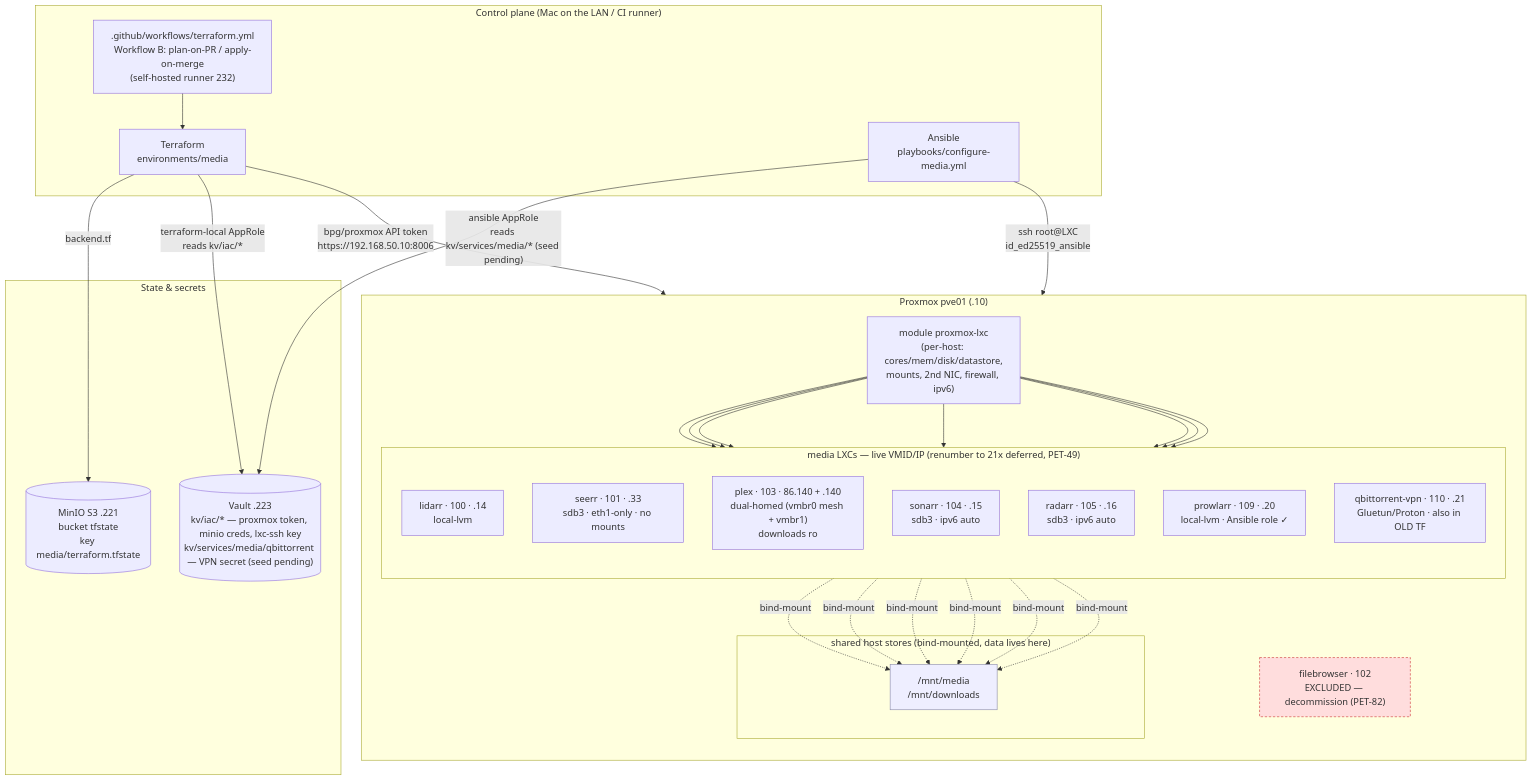
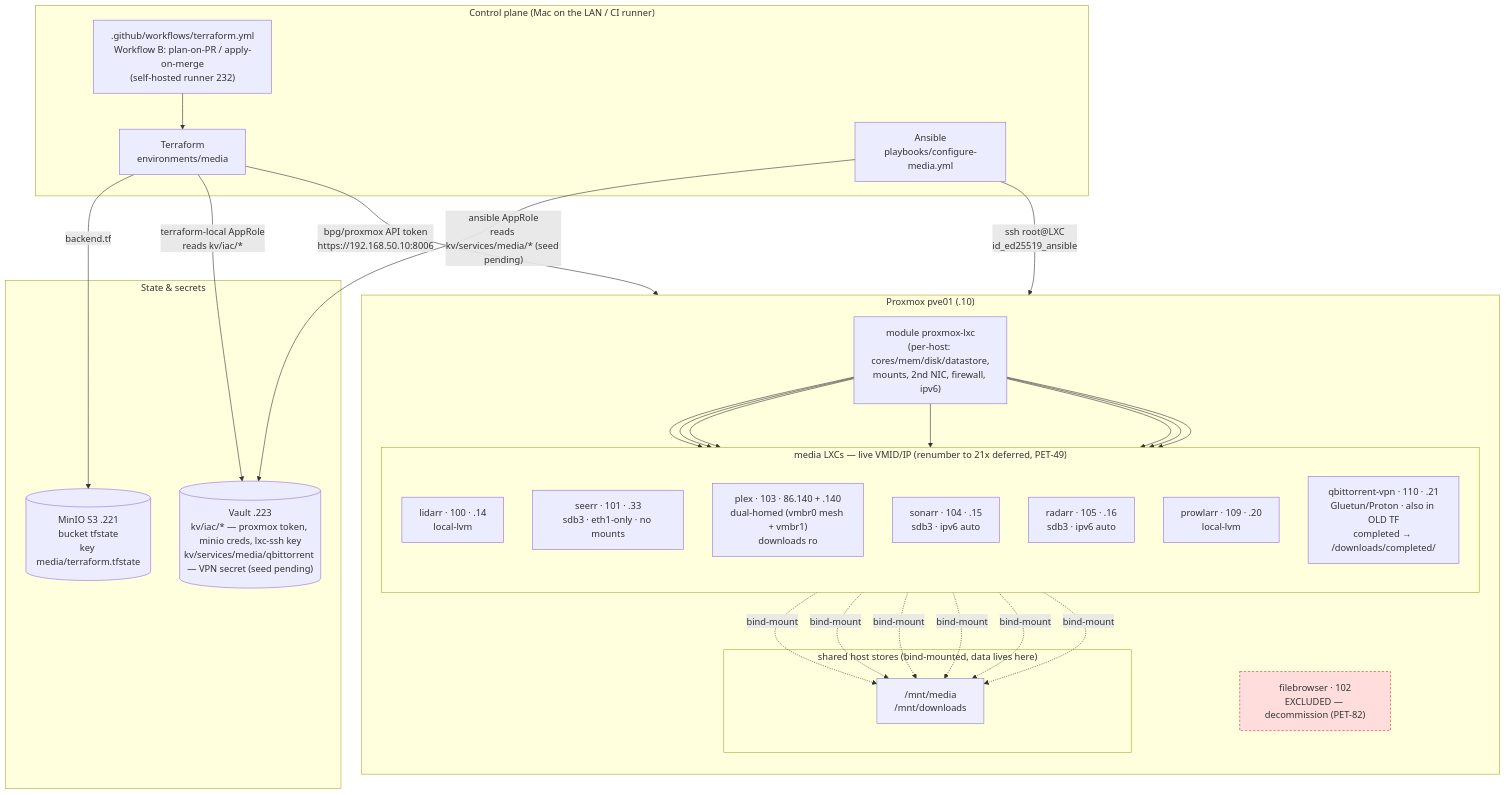
Before and after one commit to PeteDio-Labs/petedio-media-iac: the diagram in docs/ARCHITECTURE.md, drawn with Mermaid. The commit also changed other lines of this file and 17 other files, not shown here.

````diff
--- a/docs/ARCHITECTURE.md
+++ b/docs/ARCHITECTURE.md
@@ -8,51 +8,51 @@
 ```mermaid
 flowchart TB
     subgraph operator["Control plane (Mac on the LAN / CI runner)"]
         TF["Terraform<br/>environments/media"]
         ANS["Ansible<br/>playbooks/configure-media.yml"]
         CI[".github/workflows/terraform.yml<br/>Workflow B: plan-on-PR / apply-on-merge<br/>(self-hosted runner 232)"]
     end
 
     subgraph backing["State & secrets"]
         MINIO[("MinIO S3 .221<br/>bucket tfstate<br/>key media/terraform.tfstate")]
         VAULT[("Vault .223<br/>kv/iac/* — proxmox token, minio creds, lxc-ssh key<br/>kv/services/media/qbittorrent — VPN secret (seed pending)")]
     end
 
     TF -- "backend.tf" --> MINIO
     TF -- "terraform-local AppRole<br/>reads kv/iac/*" --> VAULT
     ANS -- "ansible AppRole<br/>reads kv/services/media/* (seed pending)" --> VAULT
     CI --> TF
 
     TF -- "bpg/proxmox API token<br/>https://192.168.50.10:8006" --> PVE
     ANS -- "ssh root@LXC<br/>id_ed25519_ansible" --> PVE
 
     subgraph PVE["Proxmox pve01 (.10)"]
         direction TB
         MOD["module proxmox-lxc<br/>(per-host: cores/mem/disk/datastore,<br/>mounts, 2nd NIC, firewall, ipv6)"]
 
         subgraph media["media LXCs — live VMID/IP (renumber to 21x deferred, PET-49)"]
             direction TB
             LIDARR["lidarr · 100 · .14<br/>local-lvm"]
             SEERR["seerr · 101 · .33<br/>sdb3 · eth1-only · no mounts"]
             PLEX["plex · 103 · 86.140 + .140<br/>dual-homed (vmbr0 mesh + vmbr1)<br/>downloads ro"]
             SONARR["sonarr · 104 · .15<br/>sdb3 · ipv6 auto"]
             RADARR["radarr · 105 · .16<br/>sdb3 · ipv6 auto"]
-            PROWLARR["prowlarr · 109 · .20<br/>local-lvm · Ansible role ✓"]
-            QBIT["qbittorrent-vpn · 110 · .21<br/>Gluetun/Proton · also in OLD TF"]
+            PROWLARR["prowlarr · 109 · .20<br/>local-lvm"]
+            QBIT["qbittorrent-vpn · 110 · .21<br/>Gluetun/Proton · also in OLD TF<br/>completed → /downloads/completed/"]
         end
 
         subgraph stores["shared host stores (bind-mounted, data lives here)"]
             MNT["/mnt/media<br/>/mnt/downloads"]
         end
 
         FB["filebrowser · 102<br/>EXCLUDED — decommission (PET-82)"]
     end
 
     MOD --> LIDARR & SEERR & PLEX & SONARR & RADARR & PROWLARR & QBIT
     LIDARR & PLEX & SONARR & RADARR & PROWLARR & QBIT -. "bind-mount" .-> MNT
 
     classDef excluded fill:#fdd,stroke:#c33,stroke-dasharray:4 3;
     classDef store fill:#eef,stroke:#88a;
     class FB excluded;
     class MNT store;
 ```
````
